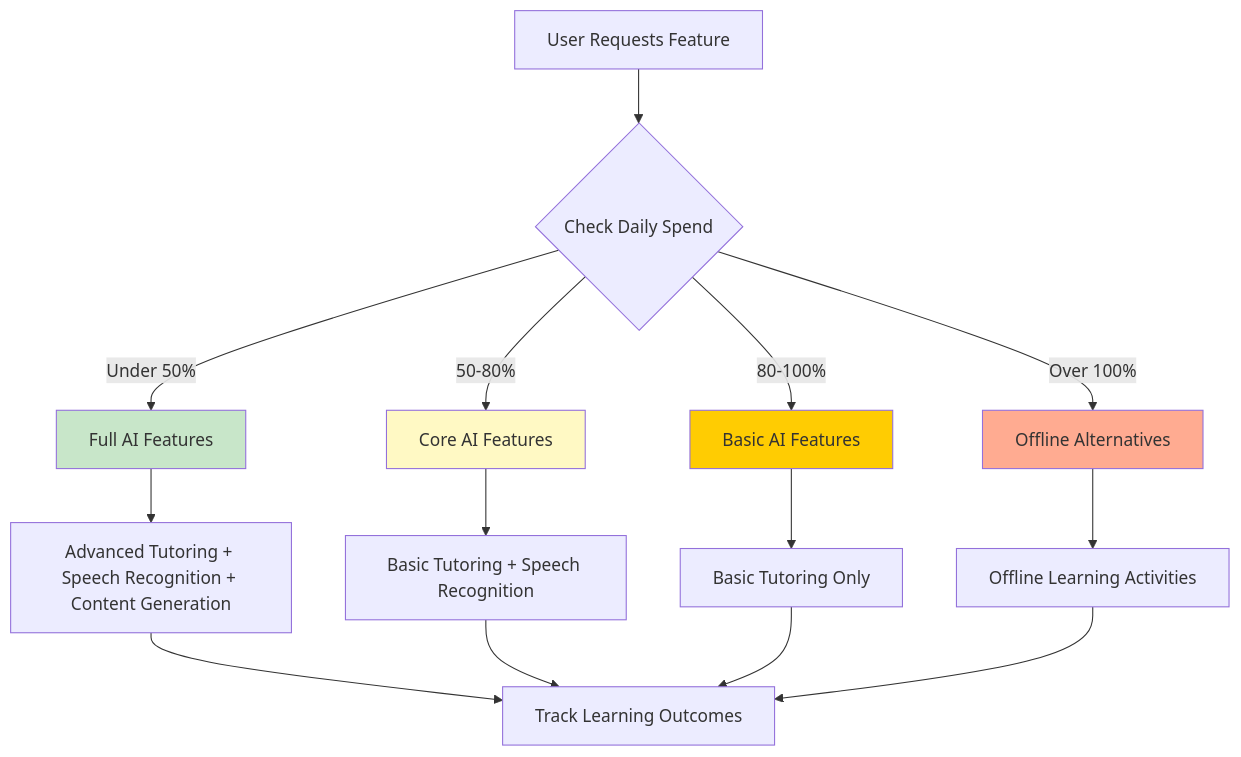
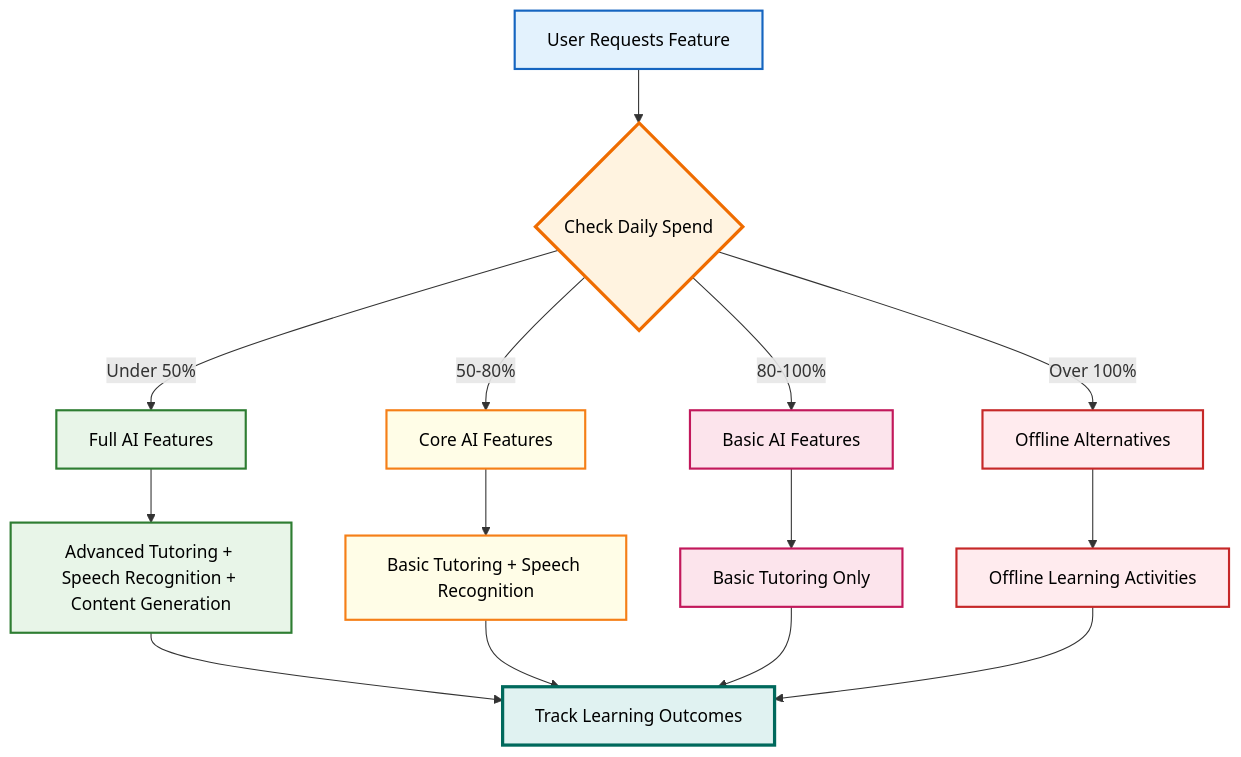
The seventh of 9 diagrams in docs/_posts/2025-08-08-azure-cost-optimization-educational-platforms-per-user-attribution.md (victorsaly/WorldLeadersGame), drawn with Mermaid before and after one commit. The commit also changed other lines of this file and 1 other file, not shown here.

````diff
--- a/docs/_posts/2025-08-08-azure-cost-optimization-educational-platforms-per-user-attribution.md
+++ b/docs/_posts/2025-08-08-azure-cost-optimization-educational-platforms-per-user-attribution.md
@@ -601,23 +659,36 @@
 ```mermaid
 flowchart TD
     A[User Requests Feature] --> B{Check Daily Spend}
     B -->|Under 50%| C[Full AI Features]
     B -->|50-80%| D[Core AI Features]
     B -->|80-100%| E[Basic AI Features]
     B -->|Over 100%| F[Offline Alternatives]
     
     C --> G[Advanced Tutoring + Speech Recognition + Content Generation]
     D --> H[Basic Tutoring + Speech Recognition]
     E --> I[Basic Tutoring Only]
     F --> J[Offline Learning Activities]
     
     G --> K[Track Learning Outcomes]
     H --> K
     I --> K
     J --> K
     
-    style C fill:#c8e6c9
-    style D fill:#fff9c4
-    style E fill:#ffcc02
-    style F fill:#ffab91
+    %% Enhanced styling for better visual appeal
+    classDef userAction fill:#e3f2fd,stroke:#1565c0,stroke-width:2px,color:#000
+    classDef decision fill:#fff3e0,stroke:#ef6c00,stroke-width:3px,color:#000
+    classDef fullFeatures fill:#e8f5e8,stroke:#2e7d32,stroke-width:2px,color:#000
+    classDef coreFeatures fill:#fffde7,stroke:#f57f17,stroke-width:2px,color:#000
+    classDef basicFeatures fill:#fce4ec,stroke:#c2185b,stroke-width:2px,color:#000
+    classDef offline fill:#ffebee,stroke:#c62828,stroke-width:2px,color:#000
+    classDef outcomes fill:#f3e5f5,stroke:#7b1fa2,stroke-width:2px,color:#000
+    classDef tracking fill:#e0f2f1,stroke:#00695c,stroke-width:3px,color:#000
+    
+    class A userAction
+    class B decision
+    class C,G fullFeatures
+    class D,H coreFeatures
+    class E,I basicFeatures
+    class F,J offline
+    class K tracking
 ```
````
